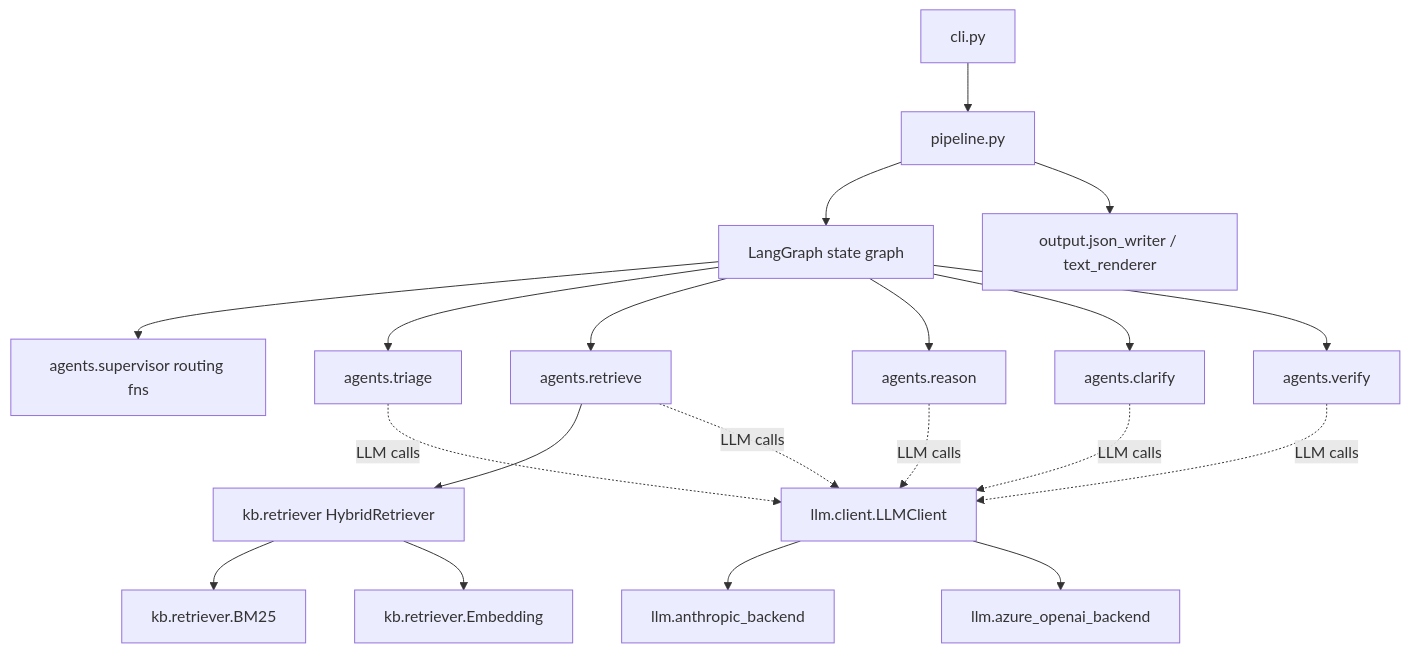
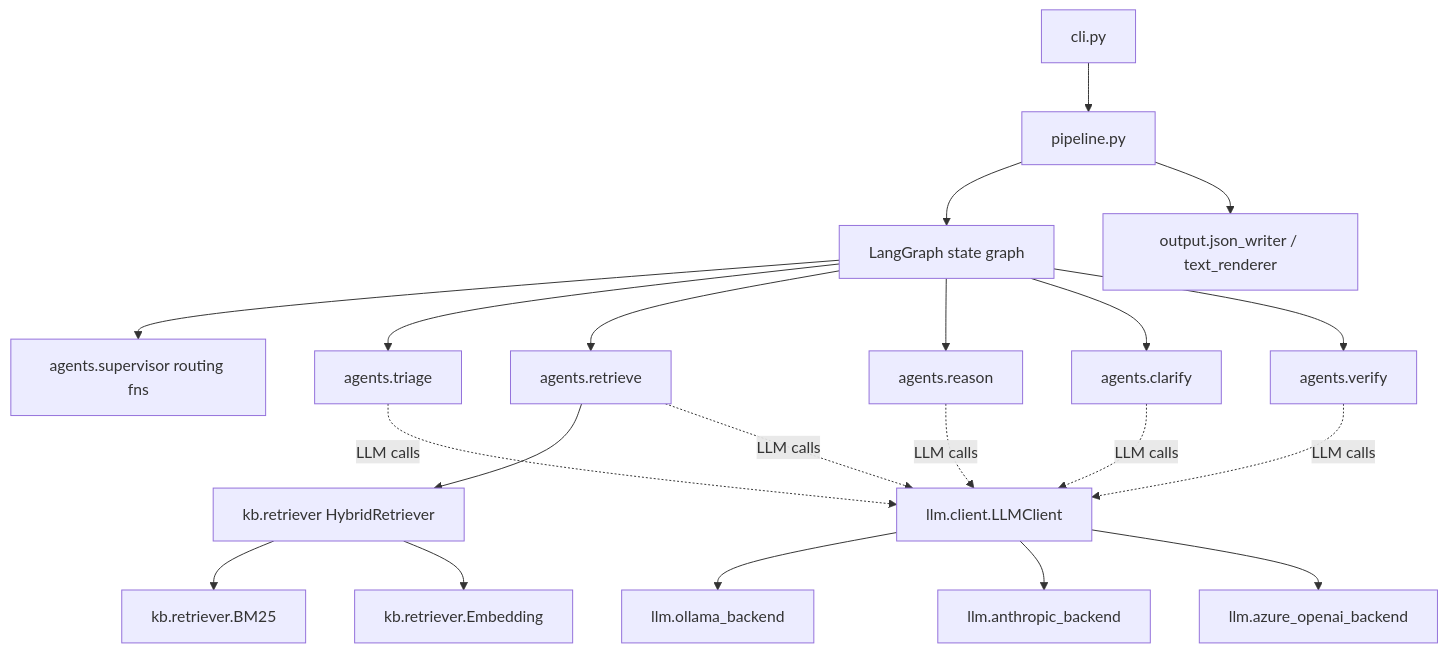
The first of 2 diagrams in docs/05-building-block-view/README.md (cofade/agentic-ai-challenge), drawn with Mermaid before and after one commit. The commit also changed other lines of this file and 5 other files, not shown here.

````diff
--- a/docs/05-building-block-view/README.md
+++ b/docs/05-building-block-view/README.md
@@ -7,18 +7,19 @@
 ```mermaid
 graph TD
     CLI[cli.py] --> Pipeline[pipeline.py]
     Pipeline --> Graph[LangGraph state graph]
     Graph --> Supervisor[agents.supervisor routing fns]
     Graph --> Triage[agents.triage]
     Graph --> Retrieve[agents.retrieve]
     Graph --> Reason[agents.reason]
     Graph --> Clarify[agents.clarify]
     Graph --> Verify[agents.verify]
     Retrieve --> KB[kb.retriever HybridRetriever]
     KB --> BM25[kb.retriever.BM25]
     KB --> Embed[kb.retriever.Embedding]
     Pipeline --> Output[output.json_writer / text_renderer]
     Triage & Retrieve & Reason & Clarify & Verify -.->|LLM calls| Client[llm.client.LLMClient]
+    Client --> Ollama[llm.ollama_backend]
     Client --> Anthropic[llm.anthropic_backend]
     Client --> Azure[llm.azure_openai_backend]
 ```
````
